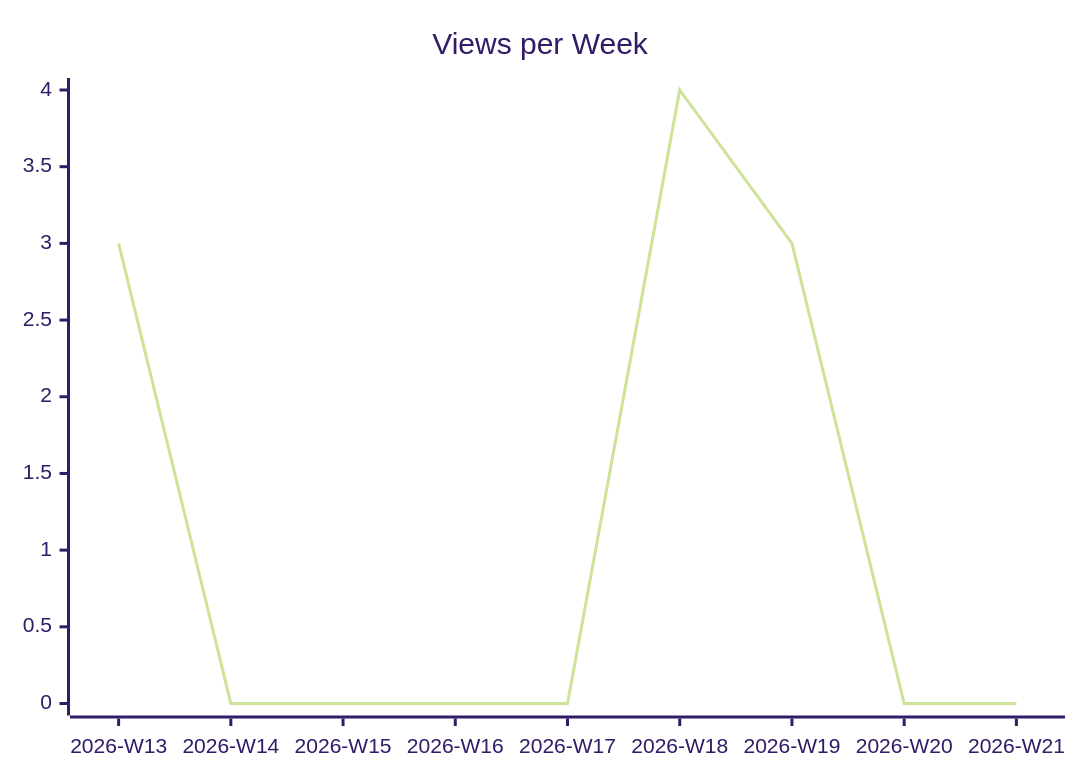
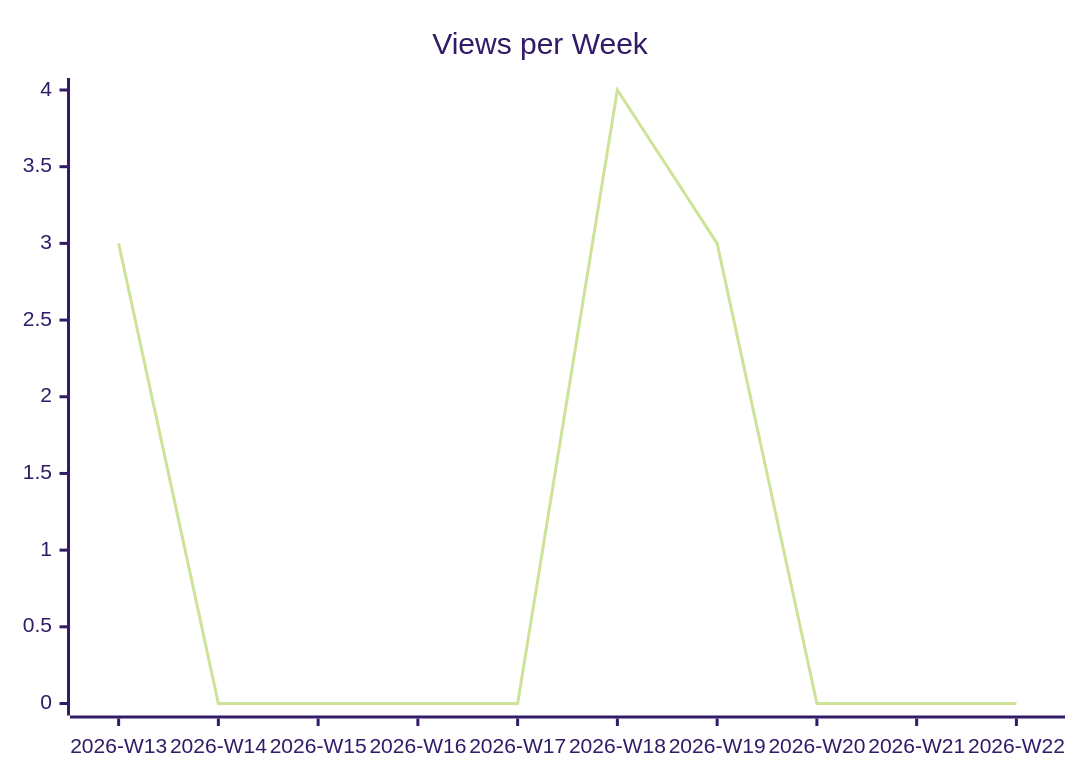
The second of 3 diagrams in karlmdavis/kxml2/README.md (justdavis-family/github-analytics-data), drawn with Mermaid (forest theme) before and after one commit. The commit also changed other lines of this file and 190 other files, not shown here.

````diff
--- a/karlmdavis/kxml2/README.md
+++ b/karlmdavis/kxml2/README.md
@@ -12,6 +12,6 @@
 ```mermaid
 xychart-beta
   title "Views per Week"
-  x-axis ["2026-W13", "2026-W14", "2026-W15", "2026-W16", "2026-W17", "2026-W18", "2026-W19", "2026-W20", "2026-W21"]
-  line [3, 0, 0, 0, 0, 4, 3, 0, 0]
+  x-axis ["2026-W13", "2026-W14", "2026-W15", "2026-W16", "2026-W17", "2026-W18", "2026-W19", "2026-W20", "2026-W21", "2026-W22"]
+  line [3, 0, 0, 0, 0, 4, 3, 0, 0, 0]
 ```
````
